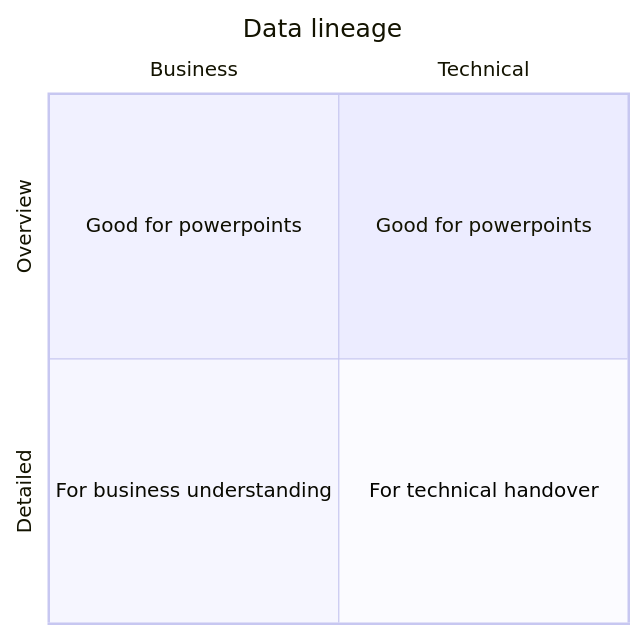
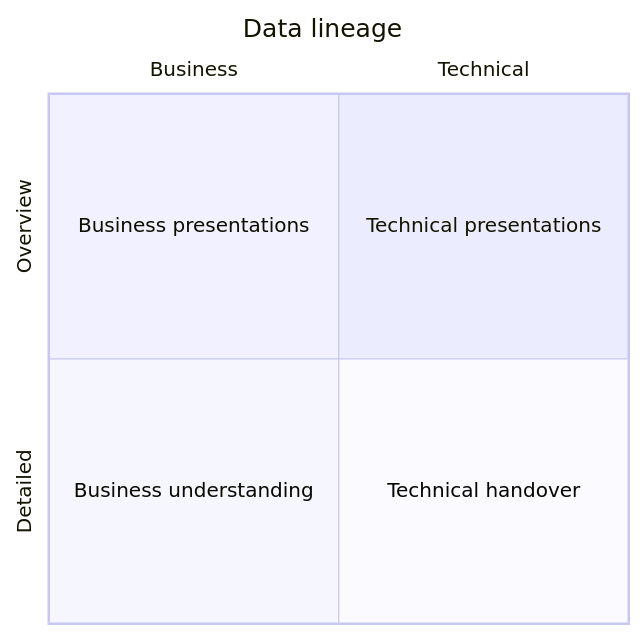
One commit to NathanDWalsh/els changed the tenth of 10 diagrams in README.md. Above: the diagram before and after it, drawn with Mermaid. The commit also changed other lines of this file and 15 other files, not shown here.

````diff
--- a/README.md
+++ b/README.md
@@ -440,10 +465,10 @@
 ```mermaid
 quadrantChart
     title Data lineage
     x-axis Business --> Technical
     y-axis Detailed -->  Overview
-    quadrant-1 Good for powerpoints
-    quadrant-2 Good for powerpoints
-    quadrant-3 For business understanding
-    quadrant-4 For technical handover
+    quadrant-1 Technical presentations
+    quadrant-2 Business presentations
+    quadrant-3 Business understanding
+    quadrant-4 Technical handover
 ```
````
